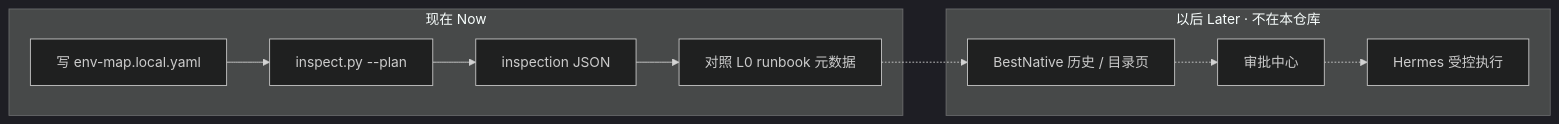
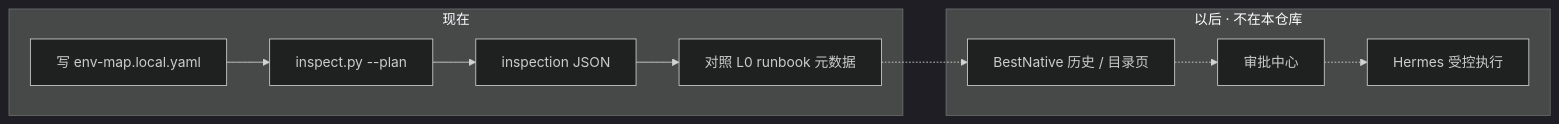
One commit to z35834491-cmyk/hermes-ops-kit changed the second of 3 diagrams in docs/product.md. Above: the diagram before and after it, drawn with Mermaid (dark theme). The commit also changed other lines of this file and 25 other files, not shown here.

````diff
--- a/docs/product.md
+++ b/docs/product.md
@@ -127,16 +113,16 @@
 ```mermaid
 flowchart LR
-  subgraph now["现在 Now"]
+  subgraph now["现在"]
     A["写 env-map.local.yaml"] --> B["inspect.py --plan"]
     B --> C["inspection JSON"]
     C --> D["对照 L0 runbook 元数据"]
   end
-  subgraph later["以后 Later · 不在本仓库"]
+  subgraph later["以后 · 不在本仓库"]
     E["BestNative 历史 / 目录页"]
     F["审批中心"]
     G["Hermes 受控执行"]
   end
   D -.-> E
   E -.-> F
   F -.-> G
 ```
````
